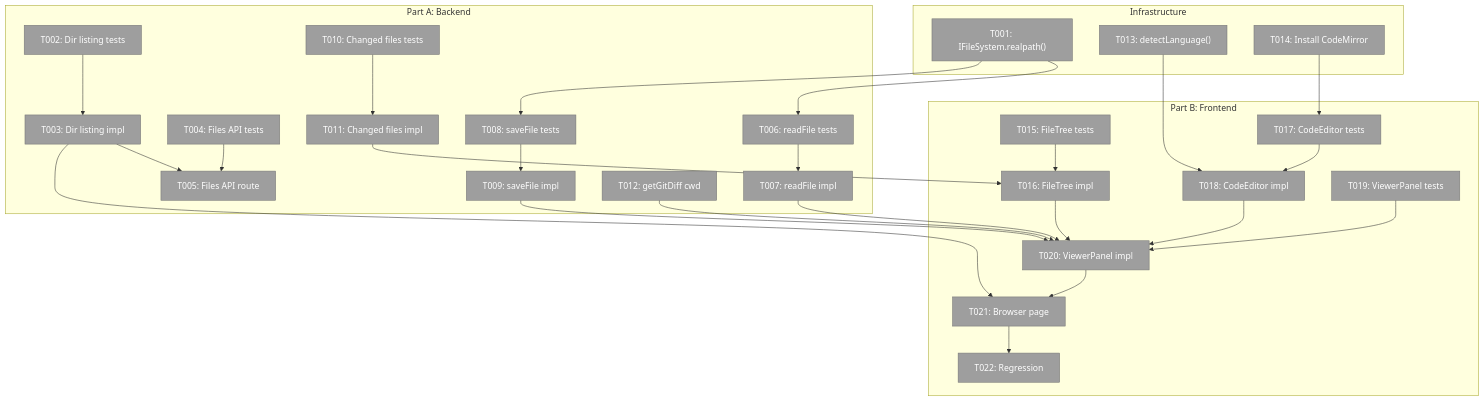
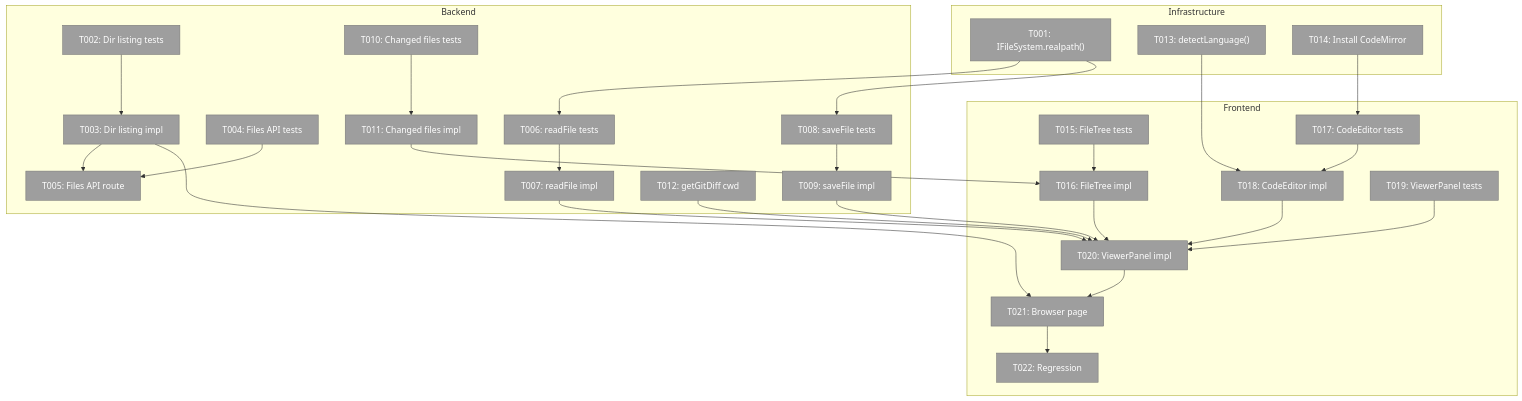
One commit to AI-Substrate/chainglass changed the first of 3 diagrams in docs/plans/041-file-browser/tasks/phase-4-file-browser/tasks.md. Above: the diagram before and after it, drawn with Mermaid. The commit also changed other lines of this file and 1 other file, not shown here.

````diff
--- a/docs/plans/041-file-browser/tasks/phase-4-file-browser/tasks.md
+++ b/docs/plans/041-file-browser/tasks/phase-4-file-browser/tasks.md
@@ -96,61 +121,50 @@
 ```mermaid
 flowchart TD
     classDef pending fill:#9E9E9E,stroke:#757575,color:#fff
     classDef completed fill:#4CAF50,stroke:#388E3C,color:#fff
 
     subgraph Infra["Infrastructure"]
         T001["T001: IFileSystem.realpath()"]:::pending
         T013["T013: detectLanguage()"]:::pending
         T014["T014: Install CodeMirror"]:::pending
     end
 
-    subgraph Backend["Part A: Backend"]
+    subgraph Backend["Backend"]
         T002["T002: Dir listing tests"]:::pending
         T003["T003: Dir listing impl"]:::pending
         T004["T004: Files API tests"]:::pending
         T005["T005: Files API route"]:::pending
         T006["T006: readFile tests"]:::pending
         T007["T007: readFile impl"]:::pending
         T008["T008: saveFile tests"]:::pending
         T009["T009: saveFile impl"]:::pending
         T010["T010: Changed files tests"]:::pending
         T011["T011: Changed files impl"]:::pending
         T012["T012: getGitDiff cwd"]:::pending
-
-        T002 --> T003
-        T003 --> T005
-        T004 --> T005
-        T006 --> T007
-        T008 --> T009
-        T010 --> T011
     end
 
-    subgraph Frontend["Part B: Frontend"]
+    subgraph Frontend["Frontend"]
         T015["T015: FileTree tests"]:::pending
         T016["T016: FileTree impl"]:::pending
         T017["T017: CodeEditor tests"]:::pending
         T018["T018: CodeEditor impl"]:::pending
         T019["T019: ViewerPanel tests"]:::pending
         T020["T020: ViewerPanel impl"]:::pending
         T021["T021: Browser page"]:::pending
         T022["T022: Regression"]:::pending
-
-        T015 --> T016
-        T017 --> T018
-        T019 --> T020
-        T020 --> T021
-        T021 --> T022
     end
 
-    T001 --> T006
-    T001 --> T008
-    T011 --> T016
+    T001 --> T006 & T008
+    T002 --> T003 --> T005
+    T004 --> T005
+    T006 --> T007
+    T008 --> T009
+    T010 --> T011 --> T016
     T013 --> T018
     T014 --> T017
-    T007 --> T020
-    T009 --> T020
-    T012 --> T020
-    T016 --> T020
-    T018 --> T020
-    T003 --> T021
+    T015 --> T016
+    T017 --> T018
+    T019 --> T020
+    T007 & T009 & T012 & T016 & T018 --> T020
+    T003 & T020 --> T021 --> T022
 ```
````
